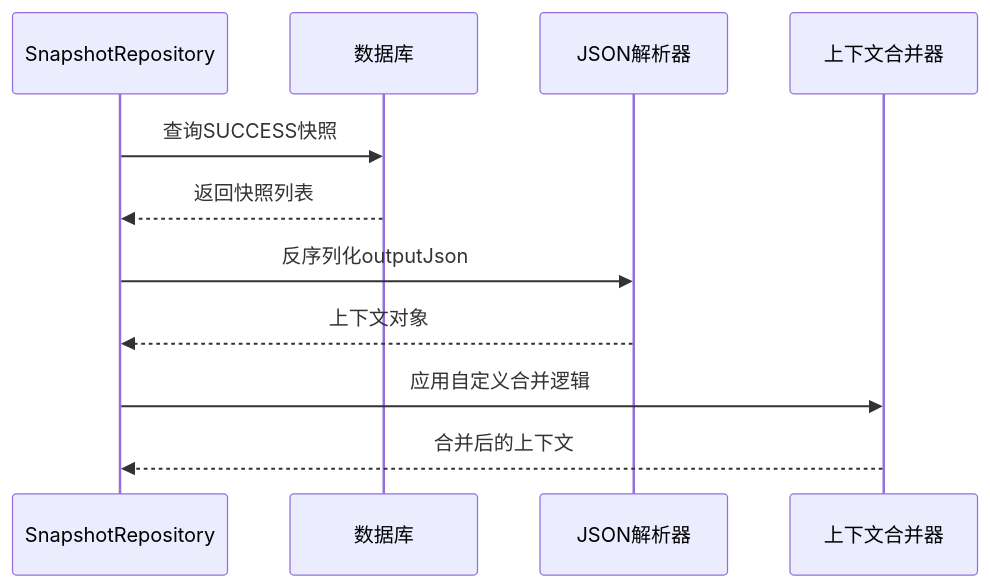
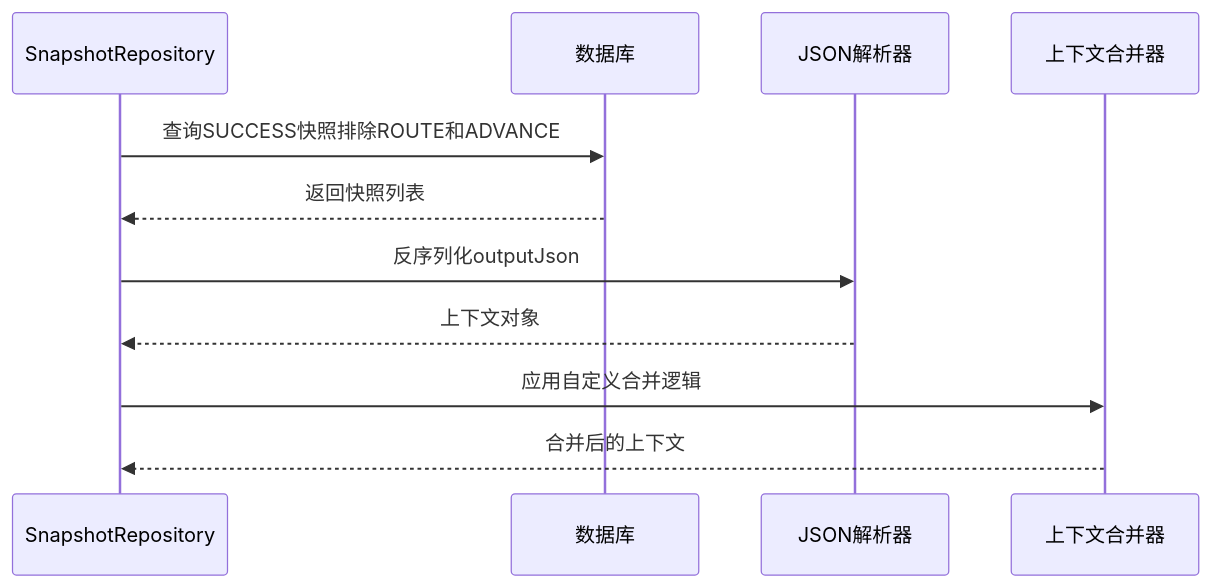
The seventh of 18 diagrams in .qoder/repowiki/zh/content/快照与恢复/实例恢复机制.md (xiaoche80s-tech/state-machine-parent), drawn with Mermaid before and after one commit. The commit also changed other lines of this file and 7 other files, not shown here.

````diff
--- a/.qoder/repowiki/zh/content/快照与恢复/实例恢复机制.md
+++ b/.qoder/repowiki/zh/content/快照与恢复/实例恢复机制.md
@@ -241,13 +257,13 @@
 ```mermaid
 sequenceDiagram
 participant S as SnapshotRepository
 participant DB as 数据库
 participant Parser as JSON解析器
 participant Merger as 上下文合并器
-S->>DB : 查询SUCCESS快照
+S->>DB : 查询SUCCESS快照排除ROUTE和ADVANCE
 DB-->>S : 返回快照列表
 S->>Parser : 反序列化outputJson
 Parser-->>S : 上下文对象
 S->>Merger : 应用自定义合并逻辑
 Merger-->>S : 合并后的上下文
 ```
````
